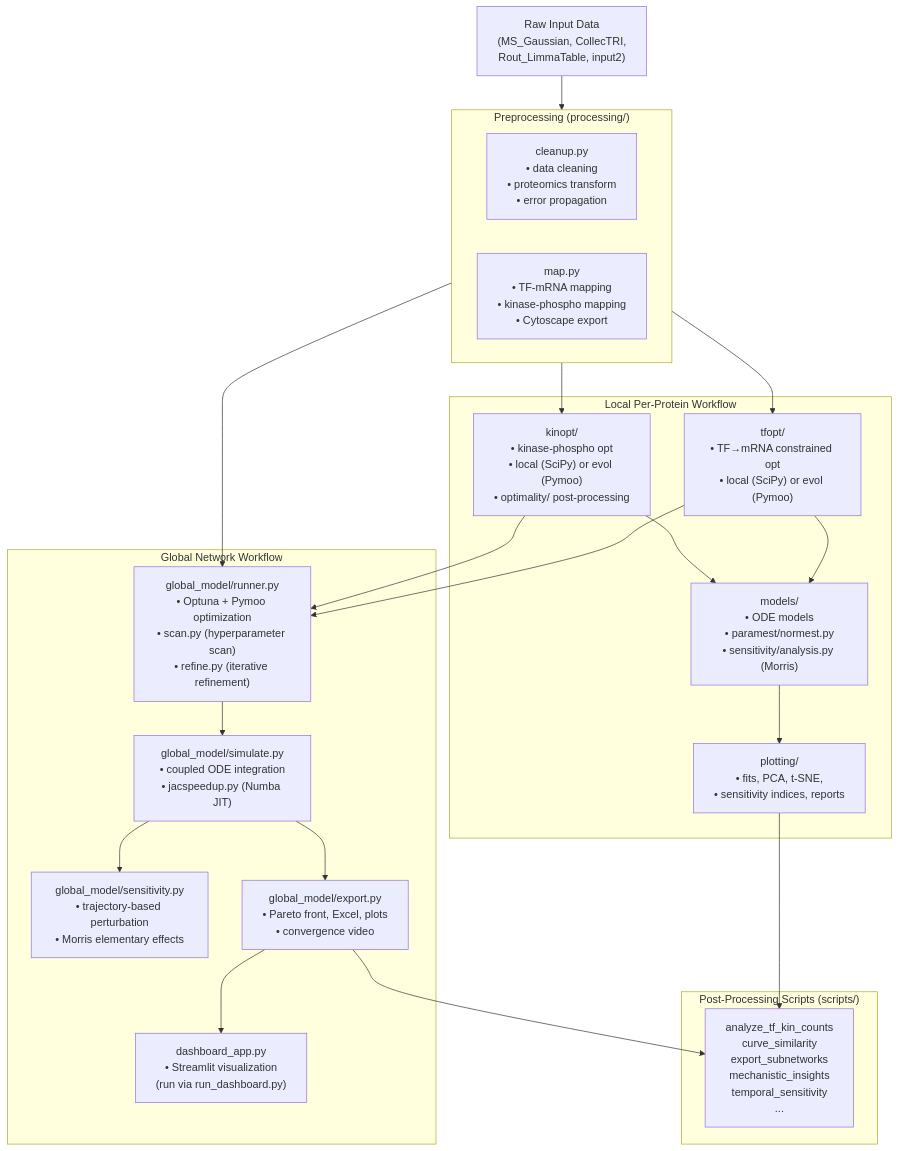
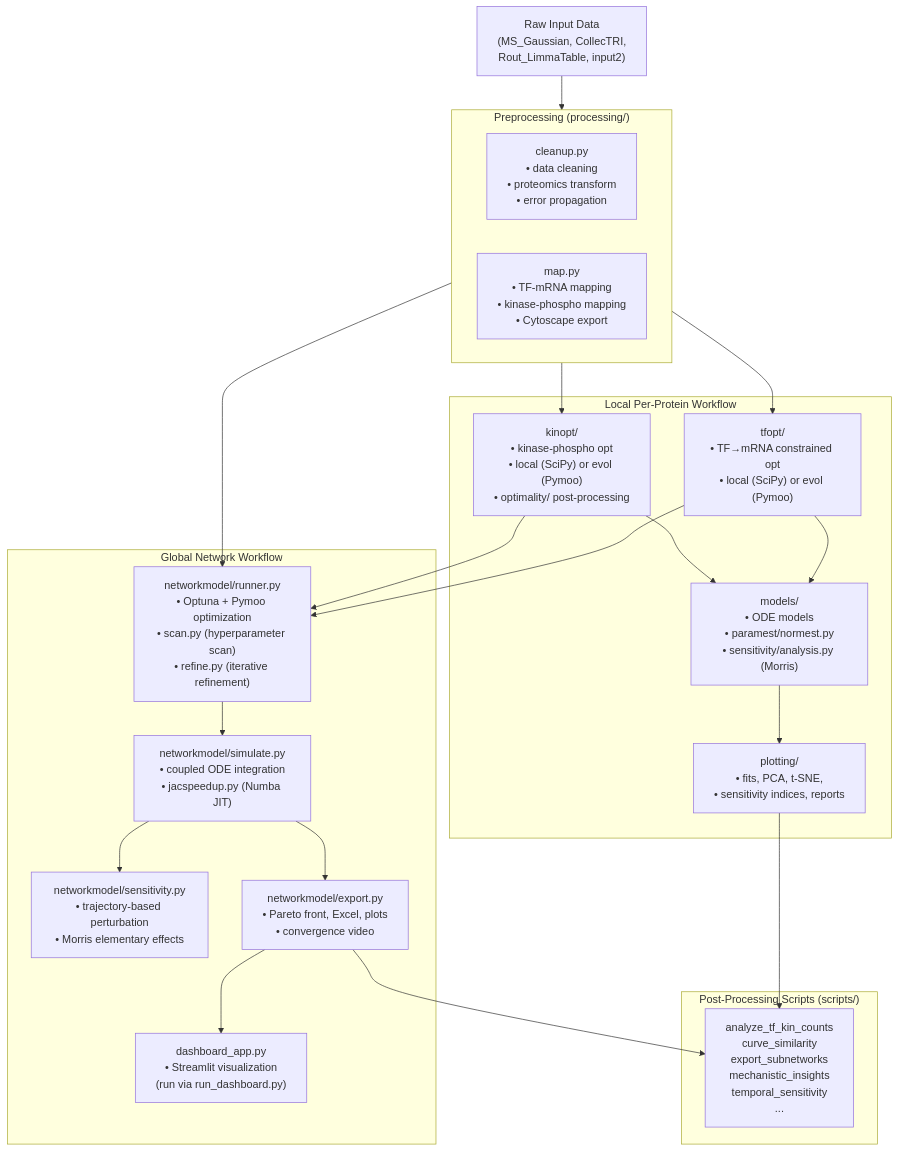
One commit to bibymaths/phoskintime changed the diagram in docs/Documentation/architecture.md. Above: the diagram before and after it, drawn with Mermaid. The commit also changed other lines of this file and 20 other files, not shown here.

````diff
--- a/docs/Documentation/architecture.md
+++ b/docs/Documentation/architecture.md
@@ -32,44 +32,44 @@
 ```mermaid
 flowchart TD
     A["Raw Input Data\n(MS_Gaussian, CollecTRI,\nRout_LimmaTable, input2)"]
 
     subgraph prep ["Preprocessing (processing/)"]
         B["cleanup.py\n• data cleaning\n• proteomics transform\n• error propagation"]
         C["map.py\n• TF-mRNA mapping\n• kinase-phospho mapping\n• Cytoscape export"]
     end
 
     subgraph local ["Local Per-Protein Workflow"]
         D["tfopt/\n• TF→mRNA constrained opt\n• local (SciPy) or evol (Pymoo)"]
         E["kinopt/\n• kinase-phospho opt\n• local (SciPy) or evol (Pymoo)\n• optimality/ post-processing"]
         F["models/\n• ODE models\n• paramest/normest.py\n• sensitivity/analysis.py (Morris)"]
         G["plotting/\n• fits, PCA, t-SNE,\n• sensitivity indices, reports"]
     end
 
     subgraph global_wf ["Global Network Workflow"]
-        H["global_model/runner.py\n• Optuna + Pymoo optimization\n• scan.py (hyperparameter scan)\n• refine.py (iterative refinement)"]
-        I["global_model/simulate.py\n• coupled ODE integration\n• jacspeedup.py (Numba JIT)"]
-        J["global_model/sensitivity.py\n• trajectory-based perturbation\n• Morris elementary effects"]
-        K["global_model/export.py\n• Pareto front, Excel, plots\n• convergence video"]
+        H["networkmodel/runner.py\n• Optuna + Pymoo optimization\n• scan.py (hyperparameter scan)\n• refine.py (iterative refinement)"]
+        I["networkmodel/simulate.py\n• coupled ODE integration\n• jacspeedup.py (Numba JIT)"]
+        J["networkmodel/sensitivity.py\n• trajectory-based perturbation\n• Morris elementary effects"]
+        K["networkmodel/export.py\n• Pareto front, Excel, plots\n• convergence video"]
         L["dashboard_app.py\n• Streamlit visualization\n(run via run_dashboard.py)"]
     end
 
     subgraph scripts_box ["Post-Processing Scripts (scripts/)"]
         M["analyze_tf_kin_counts\ncurve_similarity\nexport_subnetworks\nmechanistic_insights\ntemporal_sensitivity\n..."]
     end
 
     A --> prep
     prep --> D
     prep --> E
     E --> F
     D --> F
     F --> G
     prep --> H
     E --> H
     D --> H
     H --> I
     I --> J
     I --> K
     K --> L
     K --> M
     G --> M
 ```
````
